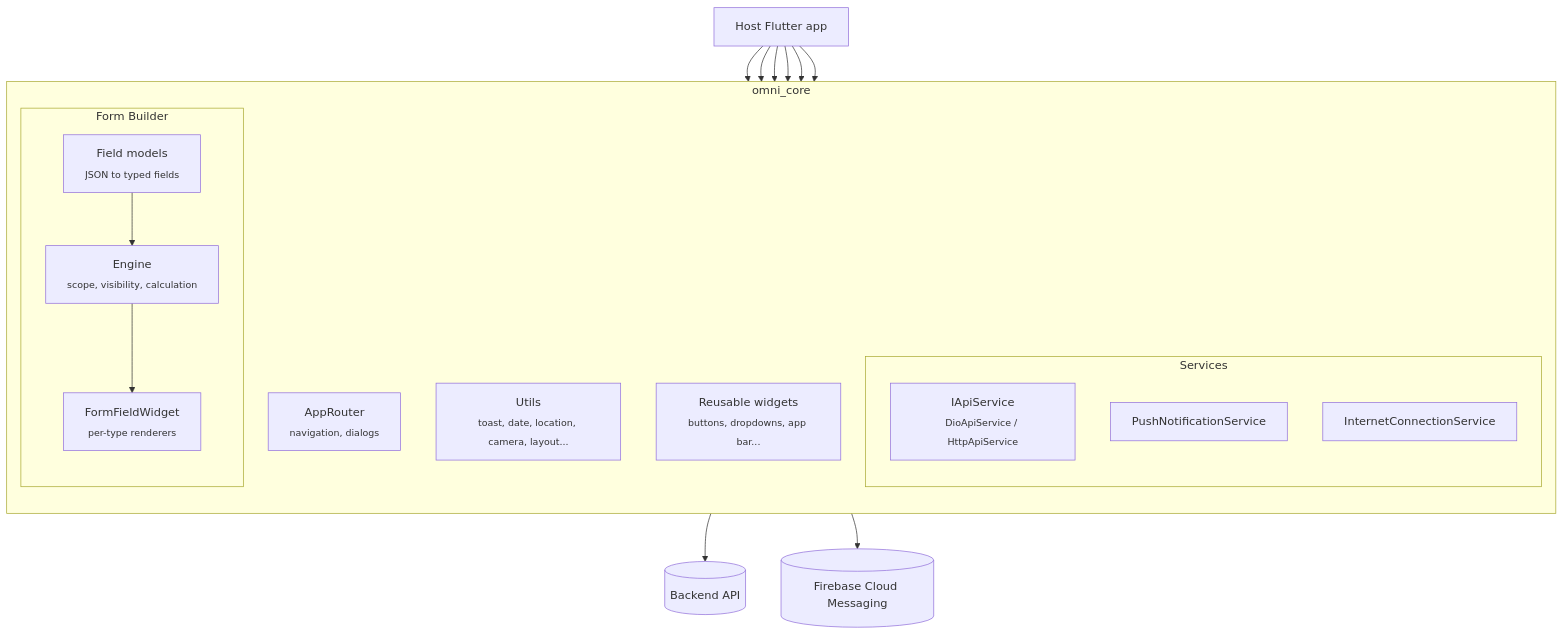
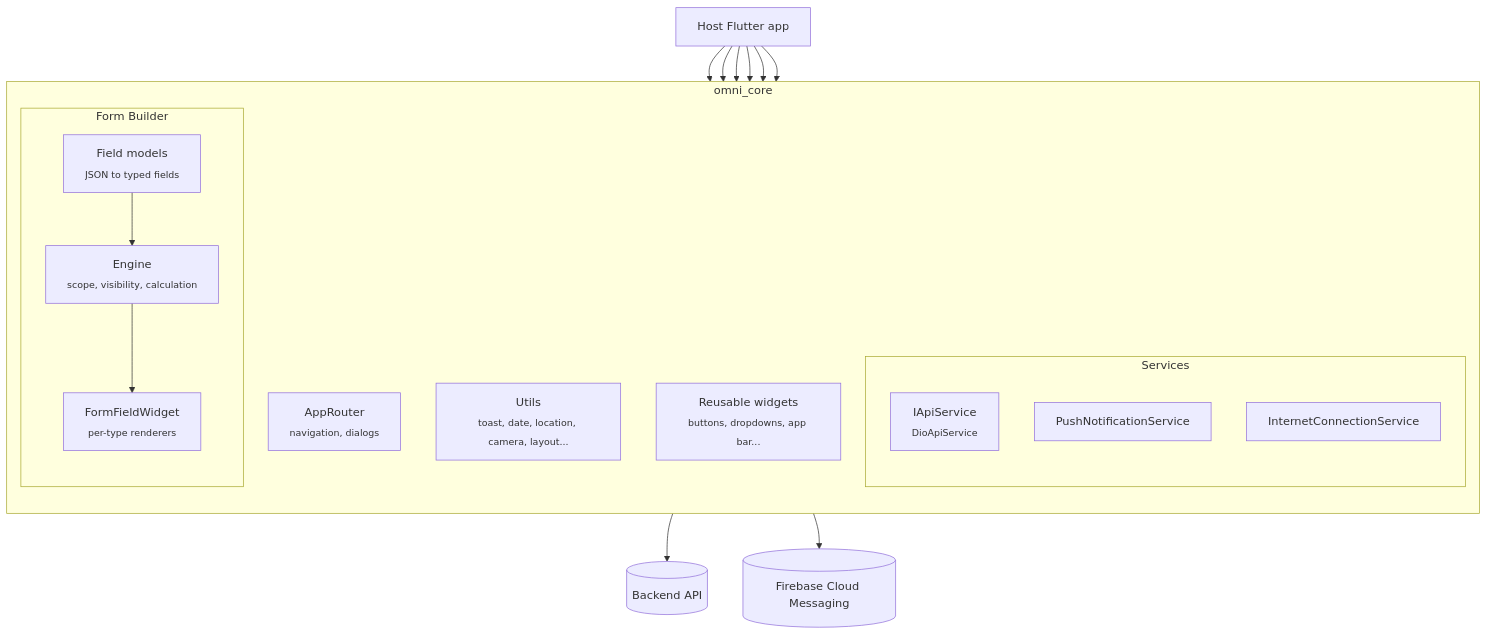
The first of 5 diagrams in README.md (ahmedabdelrahmanalghwalbi/omni_core), drawn with Mermaid before and after one commit. The commit also changed other lines of this file and 31 other files, not shown here.

````diff
--- a/README.md
+++ b/README.md
@@ -109,29 +116,29 @@
 ```mermaid
 flowchart TB
     App["Host Flutter app"]
 
     subgraph Core["omni_core"]
         direction TB
         Router["AppRouter<br/><sub>navigation, dialogs</sub>"]
         subgraph Services
-            Api["IApiService<br/><sub>DioApiService / HttpApiService</sub>"]
+            Api["IApiService<br/><sub>DioApiService</sub>"]
             Push["PushNotificationService"]
             Net["InternetConnectionService"]
         end
         subgraph FormBuilder["Form Builder"]
             Models["Field models<br/><sub>JSON to typed fields</sub>"]
             Engine["Engine<br/><sub>scope, visibility, calculation</sub>"]
             Views["FormFieldWidget<br/><sub>per-type renderers</sub>"]
         end
         Utils["Utils<br/><sub>toast, date, location, camera, layout...</sub>"]
         Widgets["Reusable widgets<br/><sub>buttons, dropdowns, app bar...</sub>"]
     end
 
     Backend[("Backend API")]
     FCM[("Firebase Cloud Messaging")]
 
     App --> Router & Api & Push & Views & Utils & Widgets
     Models --> Engine --> Views
     Api --> Backend
     Push --> FCM
 ```
````
